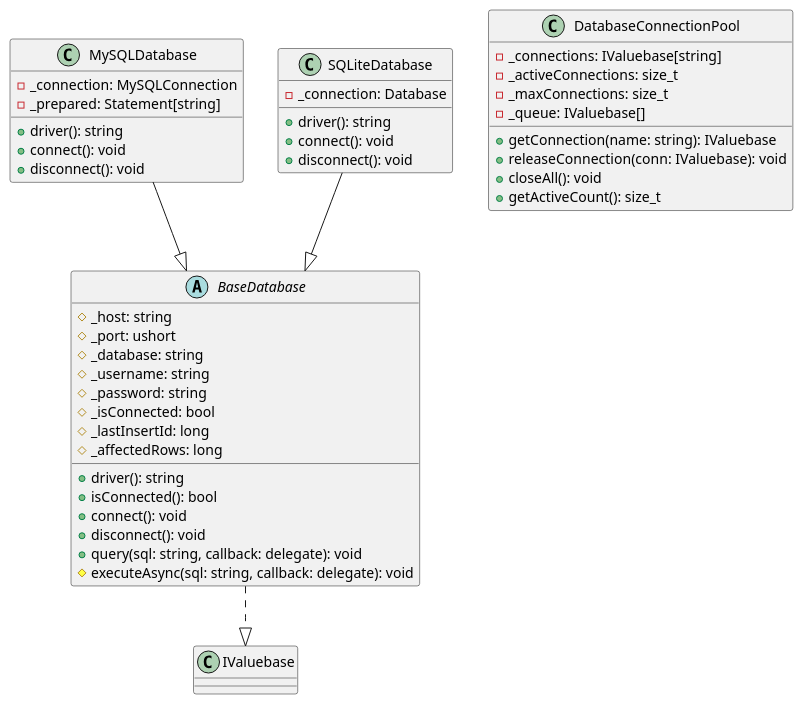
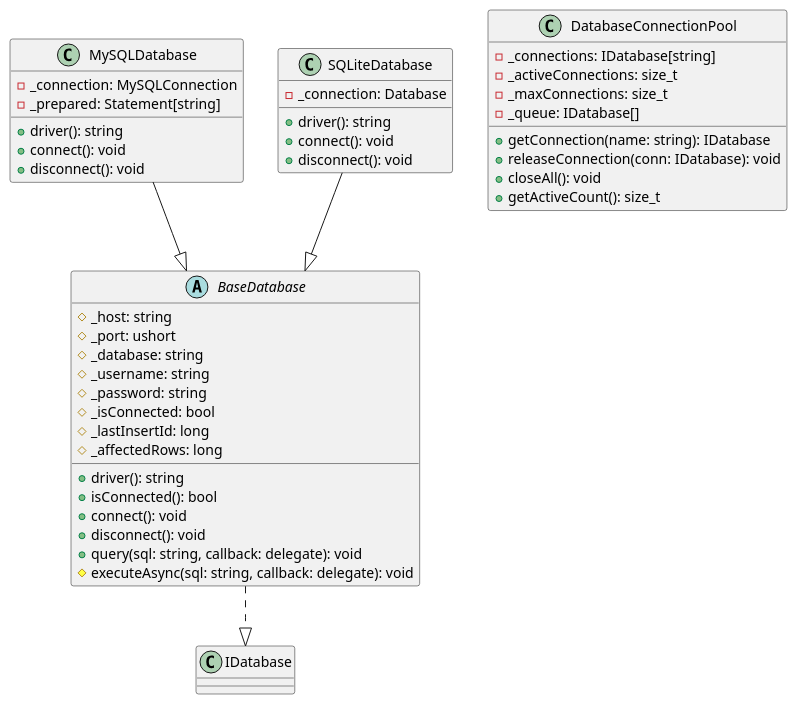
One commit to UIMSolutions/uim-framework changed the second of 9 diagrams in orm/UML.md. Above: the diagram before and after it, drawn with PlantUML. The commit also changed other lines of this file and 21 other files, not shown here.

````diff
--- a/orm/UML.md
+++ b/orm/UML.md
@@ -83,56 +83,56 @@
 ```plantuml
 @startuml ORM_Connections
 
 abstract class BaseDatabase {
   # _host: string
   # _port: ushort
   # _database: string
   # _username: string
   # _password: string
   # _isConnected: bool
   # _lastInsertId: long
   # _affectedRows: long
   
   + driver(): string
   + isConnected(): bool
   + connect(): void
   + disconnect(): void
   + query(sql: string, callback: delegate): void
   # executeAsync(sql: string, callback: delegate): void
 }
 
 class MySQLDatabase {
   - _connection: MySQLConnection
   - _prepared: Statement[string]
   
   + driver(): string
   + connect(): void
   + disconnect(): void
 }
 
 class SQLiteDatabase {
   - _connection: Database
   
   + driver(): string
   + connect(): void
   + disconnect(): void
 }
 
 class DatabaseConnectionPool {
-  - _connections: IValuebase[string]
+  - _connections: IDatabase[string]
   - _activeConnections: size_t
   - _maxConnections: size_t
-  - _queue: IValuebase[]
+  - _queue: IDatabase[]
   
-  + getConnection(name: string): IValuebase
-  + releaseConnection(conn: IValuebase): void
+  + getConnection(name: string): IDatabase
+  + releaseConnection(conn: IDatabase): void
   + closeAll(): void
   + getActiveCount(): size_t
 }
 
-BaseDatabase ..|> IValuebase
+BaseDatabase ..|> IDatabase
 MySQLDatabase --|> BaseDatabase
 SQLiteDatabase --|> BaseDatabase
 
 @enduml
 ```
````
